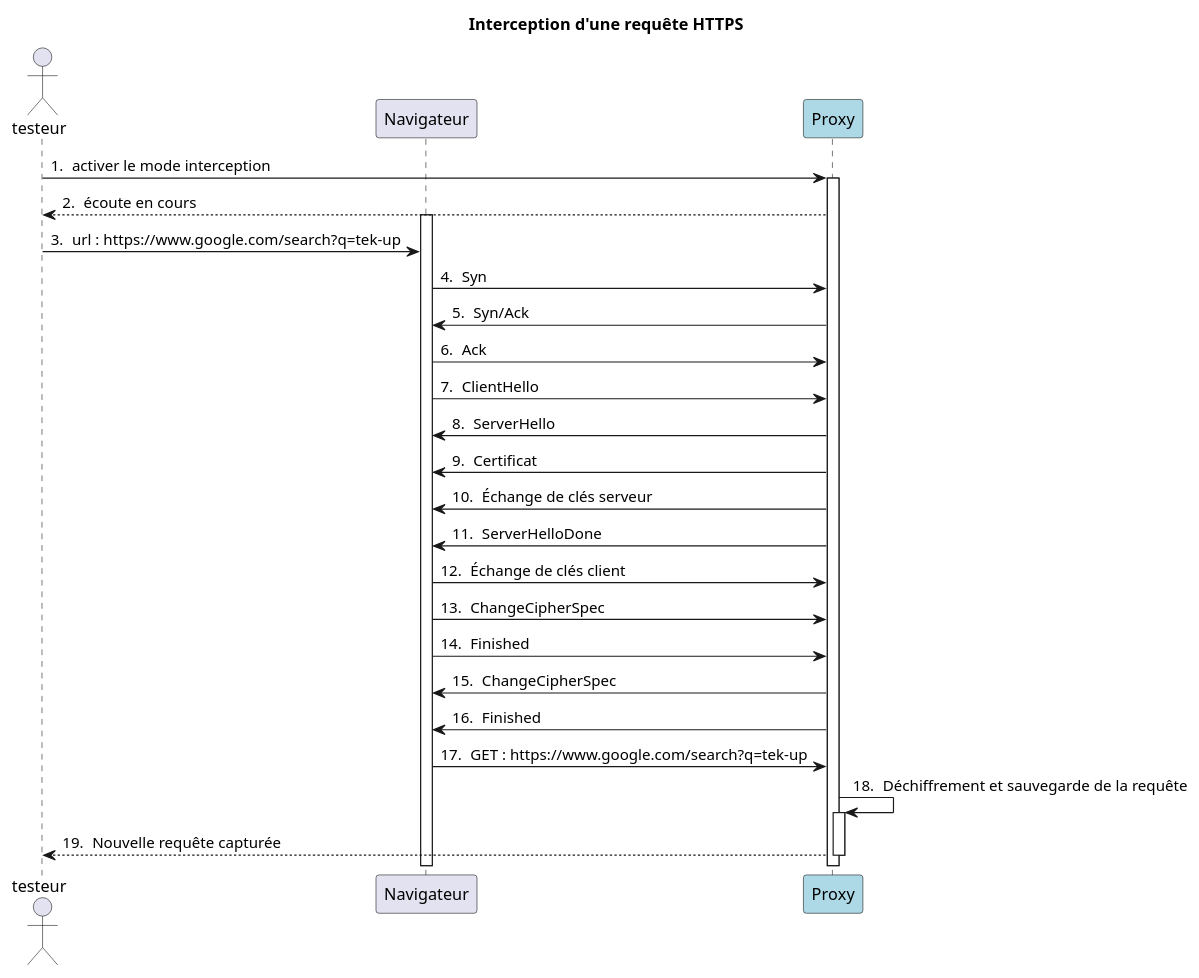
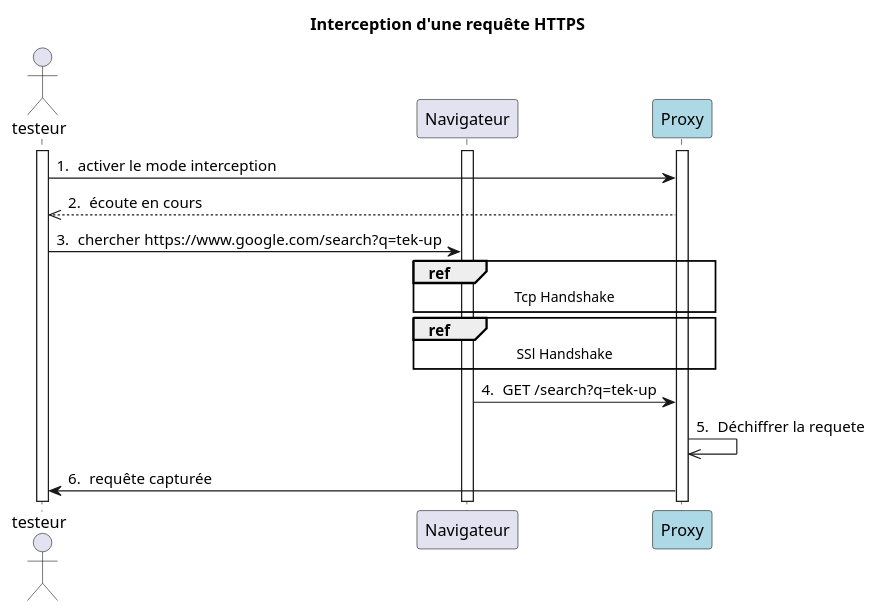
The diagram in Modelling/interceptRequestSequenceDiagram.plantuml (Hsouna-M/BurpSuiteFromScratch), drawn with PlantUML before and after one commit. The commit also changed 37 other files, not shown here.

```diff
--- a/Modelling/interceptRequestSequenceDiagram.plantuml
+++ b/Modelling/interceptRequestSequenceDiagram.plantuml
@@ -1,44 +1,35 @@
 @startuml
 title Interception d'une requête HTTPS
 
 actor testeur 
 participant Navigateur as B
 participant Proxy as P #LightBlue
 
 autonumber "0. "
 
+activate testeur
+activate P
+activate B
+
 testeur -> P : activer le mode interception
 
-activate P
-testeur <-- P: écoute en cours
+testeur <<-- P: écoute en cours
 
-activate B
-testeur -> B:  url : https://www.google.com/search?q=tek-up  
-B -> P : Syn
-B <- P : Syn/Ack 
-B -> P : Ack 
+testeur -> B:  chercher https://www.google.com/search?q=tek-up  
+' note : is this a synchronous or an asynchronous i dont even know 
 
-B -> P: ClientHello
-P -> B: ServerHello
+ref over B, P : Tcp Handshake
+ref over B, P : SSl Handshake
 
-P -> B: Certificat
-P -> B: Échange de clés serveur 
-P -> B: ServerHelloDone
 
-B -> P: Échange de clés client
-B -> P: ChangeCipherSpec
-B -> P: Finished
+B -> P: GET /search?q=tek-up  
 
-P -> B: ChangeCipherSpec
-P -> B: Finished
+P ->> P : Déchiffrer la requete
 
-' toutes ces opérations sont synchrones car il n'y a pas de valeur de retour — les paquets eux-mêmes constituent les messages
+P -> testeur : requête capturée
 
-B -> P: GET : https://www.google.com/search?q=tek-up  
-
-P -> P : Déchiffrement et sauvegarde de la requête 
-activate P
-P --> testeur : Nouvelle requête capturée
-deactivate P
+' note 1 : 
+' this is a synchronous messge because the proxy will need somthing to do with the request of the browser wich the use will decide 
+' did not put any option under it because lots of option are possible after this point ( delete , modify , forward )
 
 @enduml
```
